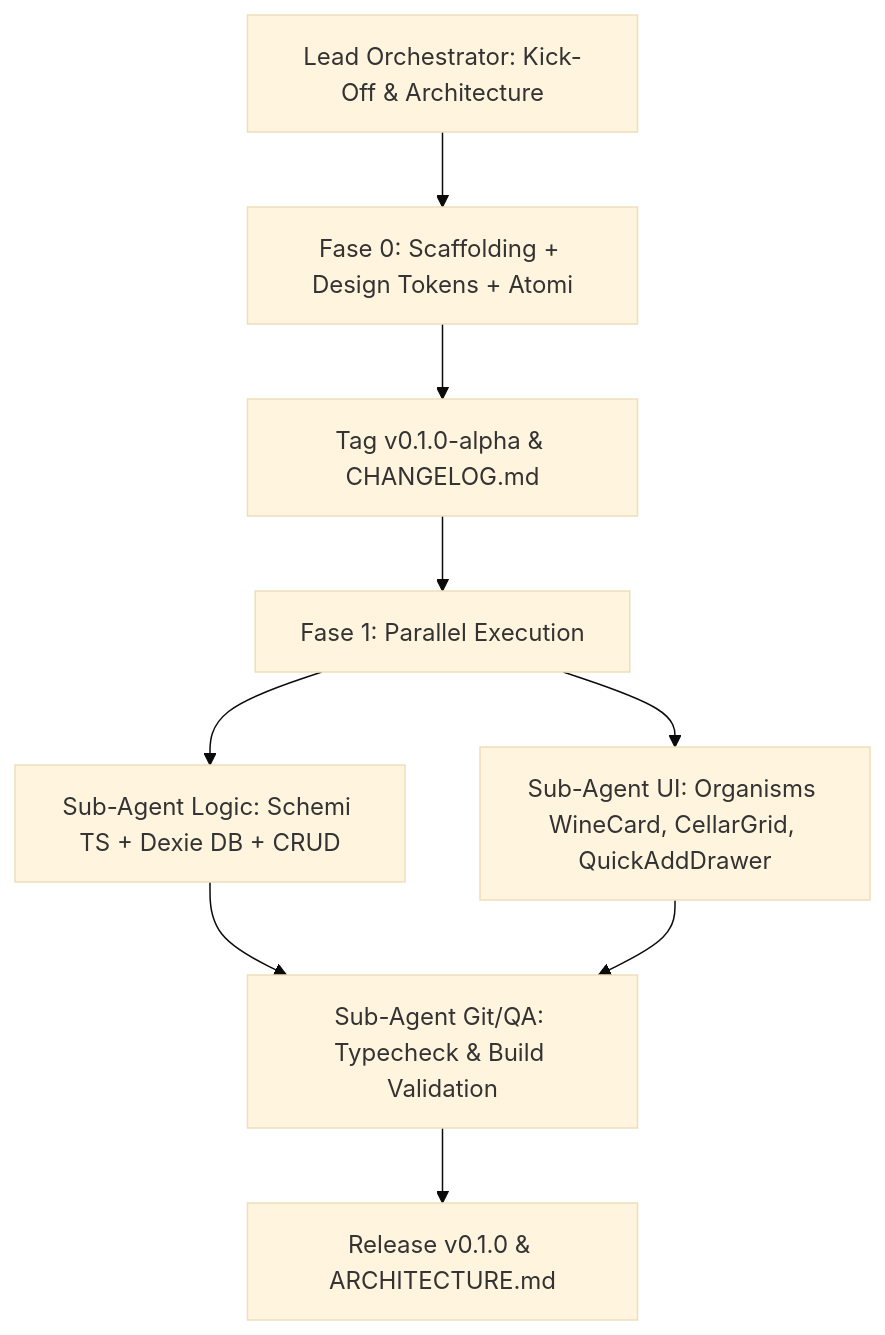
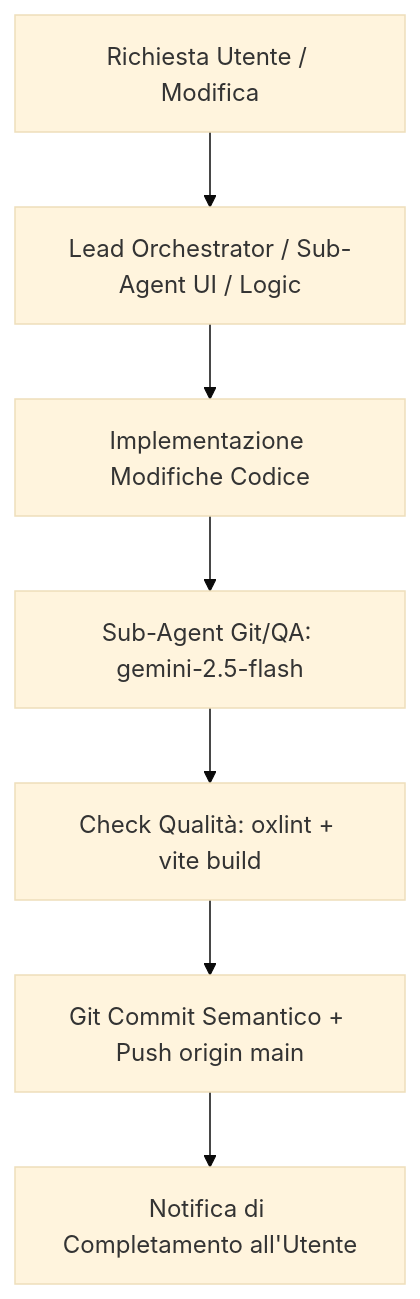
The diagram in AGENTS.md (federicaikas/Wineapp), drawn with Mermaid (base theme) before and after one commit. The commit also changed other lines of this file and 2 other files, not shown here.

Commit message:
feat(agents): configure automated Git/QA subagent with git-github-keeper skill and flash model

````diff
--- a/AGENTS.md
+++ b/AGENTS.md
@@ -30,11 +37,9 @@
 ```mermaid
 graph TD
-    A[Lead Orchestrator: Kick-Off & Architecture] --> B[Fase 0: Scaffolding + Design Tokens + Atomi]
-    B --> C[Tag v0.1.0-alpha & CHANGELOG.md]
-    C --> D[Fase 1: Parallel Execution]
-    D --> E[Sub-Agent Logic: Schemi TS + Dexie DB + CRUD]
-    D --> F[Sub-Agent UI: Organisms WineCard, CellarGrid, QuickAddDrawer]
-    E --> G[Sub-Agent Git/QA: Typecheck & Build Validation]
-    F --> G
-    G --> H[Release v0.1.0 & ARCHITECTURE.md]
+    A[Richiesta Utente / Modifica] --> B[Lead Orchestrator / Sub-Agent UI / Logic]
+    B --> C[Implementazione Modifiche Codice]
+    C --> D[Sub-Agent Git/QA: gemini-2.5-flash]
+    D --> E[Check Qualità: oxlint + vite build]
+    E --> F[Git Commit Semantico + Push origin main]
+    F --> G[Notifica di Completamento all'Utente]
 ```
````
